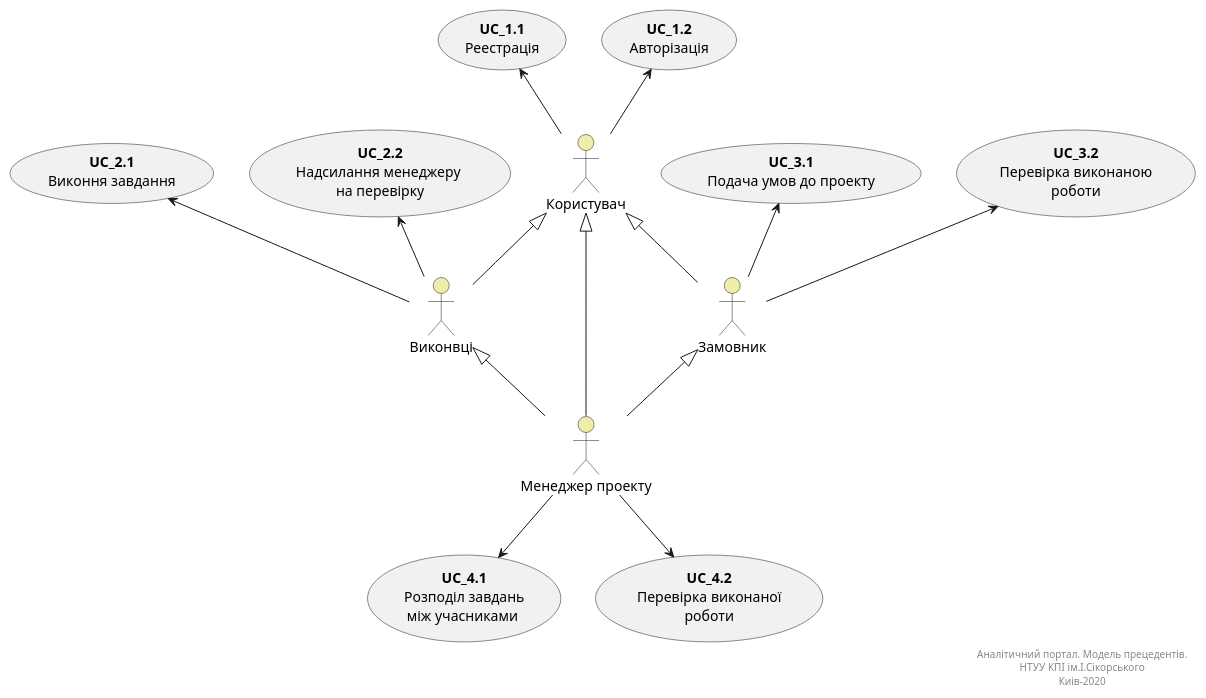
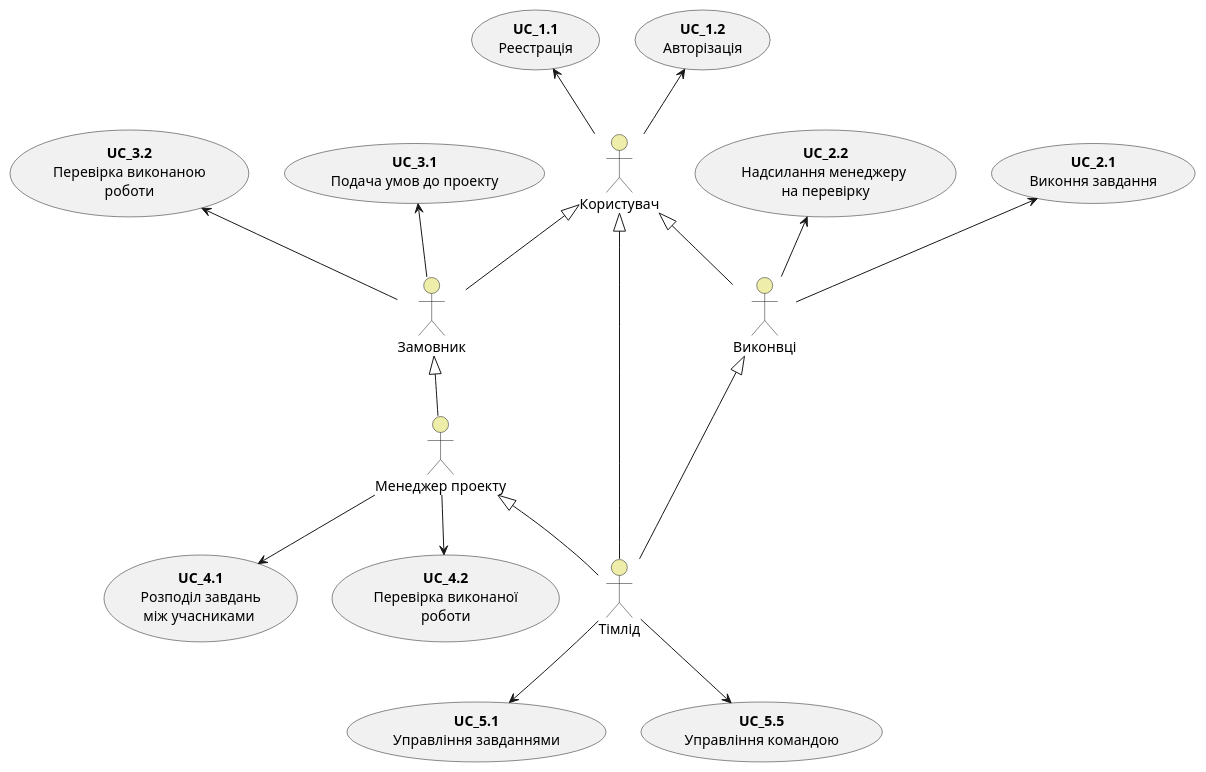
Before and after one commit to boldak/edu-db-cw: the first of 6 diagrams in docs/use cases/README.md, drawn with PlantUML. The commit also changed other lines of this file, not shown here.

```diff
--- a/docs/use cases/README.md
+++ b/docs/use cases/README.md
@@ -12,46 +12,46 @@
 @startuml
 
     actor "Користувач" as User #eeeeaa
     actor "Виконвці" as Workers #eeeeaa
     actor "Замовник" as Сustomer #eeeeaa
-    actor "Менеджер проекту" as Teamlead #eeeeaa
-    
+    actor "Менеджер проекту" as Manager #eeeeaa
+    actor "Тімлід" as Teamlead #eeeeaa
     
     usecase "<b>UC_1.2</b>\nАвторізація" as UC_1.1
     usecase "<b>UC_1.1</b>\nРеестрація" as UC_1.2  
 
     usecase "<b>UC_2.1</b>\nВиконня завдання" as UC_2.1  
     usecase "<b>UC_2.2</b>\nНадсилання менеджеру \nна перевірку" as UC_2.2 
 
     usecase "<b>UC_3.1</b>\nПодача умов до проекту" as UC_3.1  
     usecase "<b>UC_3.2</b>\nПеревірка виконаною\nроботи" as UC_3.2 
 
     usecase "<b>UC_4.1</b>\nРозподіл завдань\nміж учасниками " as UC_4.1  
-    usecase "<b>UC_4.2</b>\nПеревірка виконаної\nроботи" as UC_4.2 
+    usecase "<b>UC_4.2</b>\nПеревірка виконаної\nроботи" as UC_4.2
+
+    usecase "<b>UC_5.1</b>\nУправління завданнями" as UC_5.1
+    usecase "<b>UC_5.5</b>\nУправління командою" as UC_5.2
     
     User -u-> UC_1.1
     User -u-> UC_1.2
     
     Workers -u-> UC_2.1
     Workers -u-> UC_2.2
 
     Сustomer -u-> UC_3.1
     Сustomer -u-> UC_3.2
 
-    Teamlead -d-> UC_4.1
-    Teamlead -d-> UC_4.2
+    Manager -d-> UC_4.1
+    Manager -d-> UC_4.2
+   
+    Teamlead -d-> UC_5.1
+    Teamlead -d-> UC_5.2
     
     Workers -u-|> User
     Сustomer -u-|> User
-    
+    Manager -u-|> Сustomer
     Teamlead -u-|> User
-    Teamlead -u-|> Сustomer
     Teamlead -u-|> Workers
-    
-    right footer
-        Аналітичний портал. Модель прецедентів.
-        НТУУ КПІ ім.І.Сікорського
-        Киів-2020
-    end footer
+    Teamlead -u-|> Manager
 
 @enduml
```
